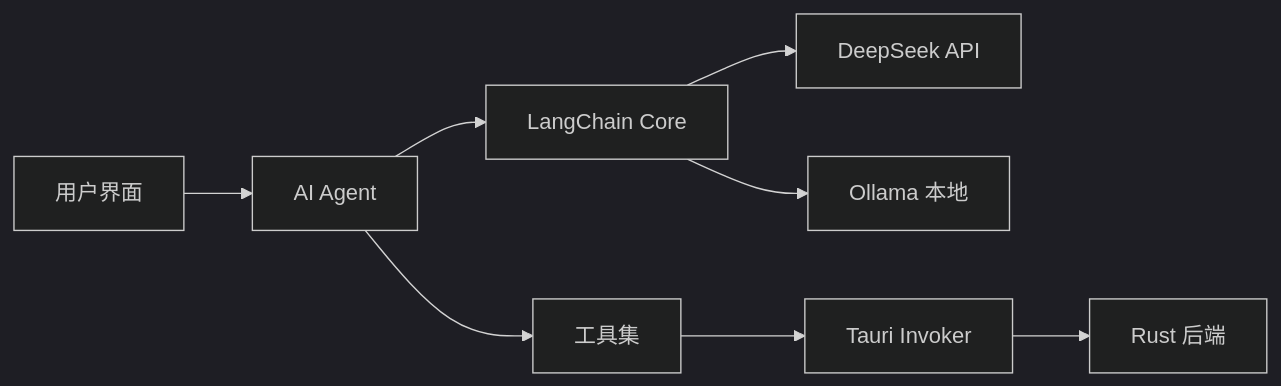
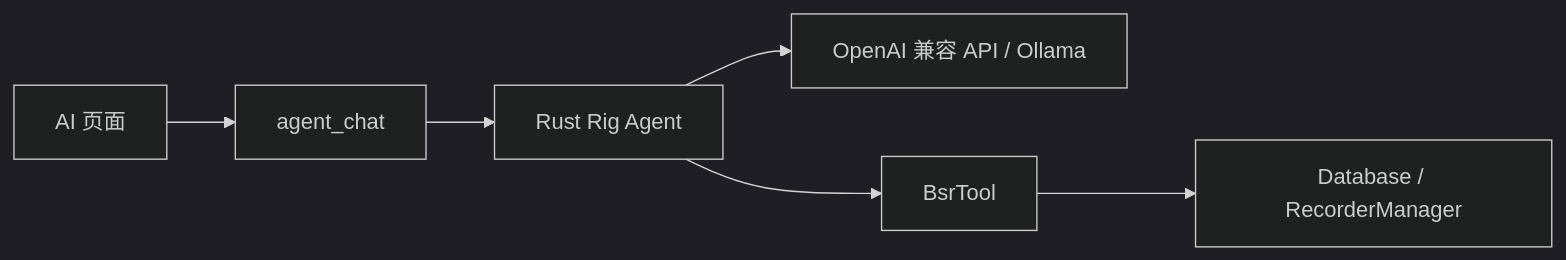
One commit to Xinrea/bili-shadowreplay changed the diagram in docs/development/frontend/agent.md. Above: the diagram before and after it, drawn with Mermaid (dark theme). The commit also changed other lines of this file and 28 other files, not shown here.

First line of the commit message:
feat: migrate AI agent to Rust Rig (#288)

````diff
--- a/docs/development/frontend/agent.md
+++ b/docs/development/frontend/agent.md
@@ -15,10 +11,8 @@
 ```mermaid
 graph LR
-    UI[用户界面] --> Agent[AI Agent]
-    Agent --> LangChain[LangChain Core]
-    LangChain --> DeepSeek[DeepSeek API]
-    LangChain --> Ollama[Ollama 本地]
-    Agent --> Tools[工具集]
-    Tools --> Invoker[Tauri Invoker]
-    Invoker --> Backend[Rust 后端]
+    UI[AI 页面] --> Command[agent_chat]
+    Command --> Agent[Rust Rig Agent]
+    Agent --> LLM[OpenAI 兼容 API / Ollama]
+    Agent --> Tool[BsrTool]
+    Tool --> Backend[Database / RecorderManager]
 ```
````
